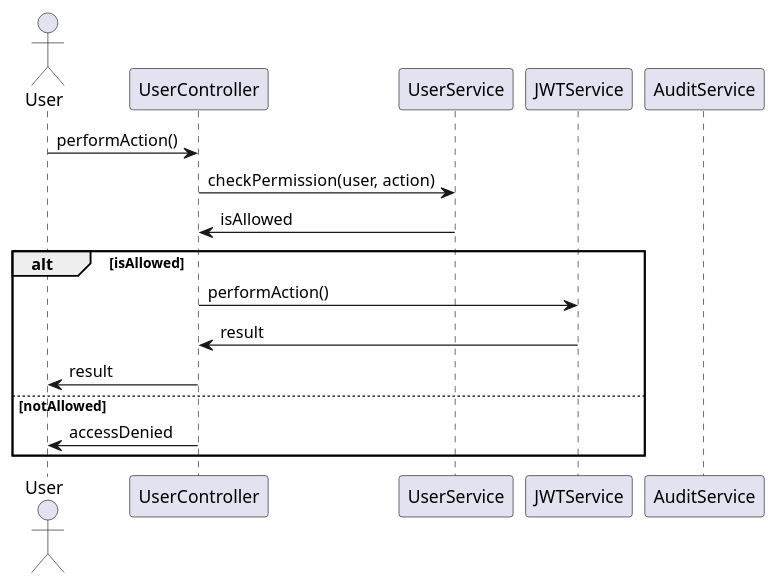
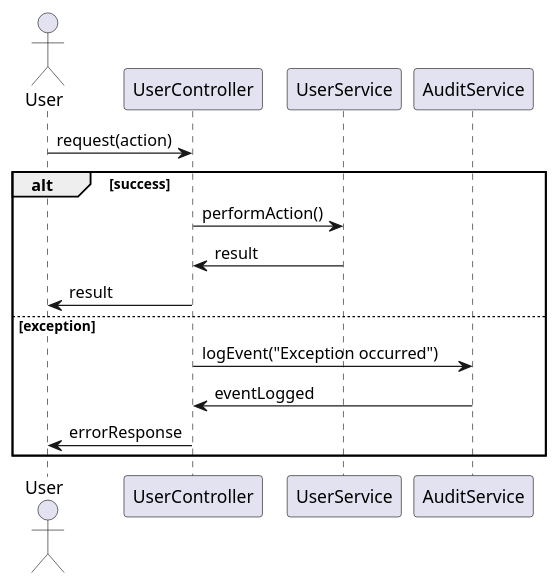
One commit to Dinesh-s95/AutoDoc.ai changed the fourth of 5 diagrams in identityprovider/documentation/detaileddesign.adoc. Above: the diagram before and after it, drawn with PlantUML. The commit also changed other lines of this file and 4 other files, not shown here.

````diff
--- a/identityprovider/documentation/detaileddesign.adoc
+++ b/identityprovider/documentation/detaileddesign.adoc
@@ -368,20 +359,19 @@
 ```plantuml
 @startuml
 actor User
 participant UserController
 participant UserService
-participant JWTService
 participant AuditService
 
-User -> UserController : performAction()
-UserController -> UserService : checkPermission(user, action)
-UserService -> UserController : isAllowed
-alt isAllowed
-    UserController -> JWTService : performAction()
-    JWTService -> UserController : result
+User -> UserController : request(action)
+alt success
+    UserController -> UserService : performAction()
+    UserService -> UserController : result
     UserController -> User : result
-else notAllowed
-    UserController -> User : accessDenied
+else exception
+    UserController -> AuditService : logEvent("Exception occurred")
+    AuditService -> UserController : eventLogged
+    UserController -> User : errorResponse
 end
 @enduml
 ```
````
